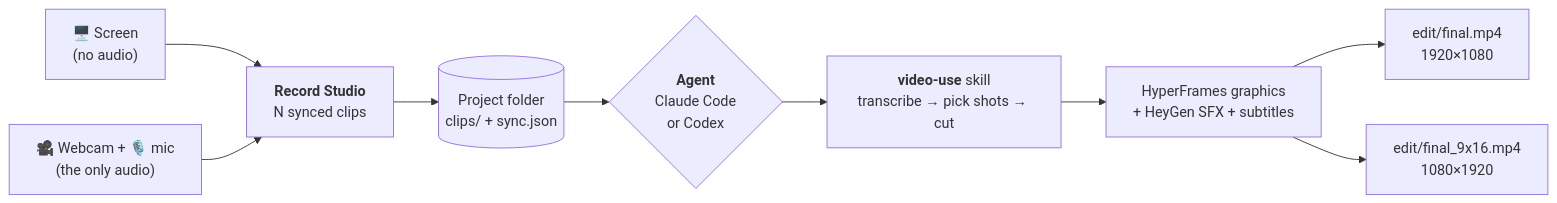
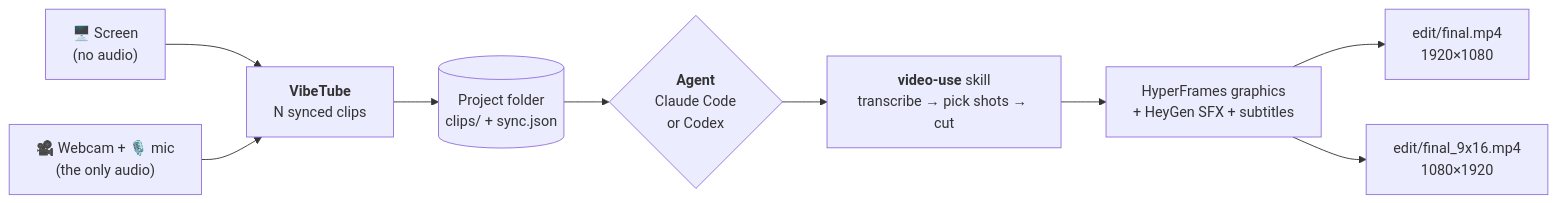
The first of 2 diagrams in README.md (mutonby/vibetube), drawn with Mermaid before and after one commit. The commit also changed other lines of this file and 6 other files, not shown here.

First line of the commit message:
feat: renombrar la app a VibeTube y documentar la vista de grabación

````diff
--- a/README.md
+++ b/README.md
@@ -18,11 +18,11 @@
 ```mermaid
 flowchart LR
     S["🖥️ Screen<br/>(no audio)"] --> R
     W["🎥 Webcam + 🎙️ mic<br/>(the only audio)"] --> R
-    R["<b>Record Studio</b><br/>N synced clips"] --> P[("Project folder<br/>clips/ + sync.json")]
+    R["<b>VibeTube</b><br/>N synced clips"] --> P[("Project folder<br/>clips/ + sync.json")]
     P --> A{"<b>Agent</b><br/>Claude Code<br/>or Codex"}
     A --> V["<b>video-use</b> skill<br/>transcribe → pick shots → cut"]
     V --> G["HyperFrames graphics<br/>+ HeyGen SFX + subtitles"]
     G --> H["edit/final.mp4<br/>1920×1080"]
     G --> N["edit/final_9x16.mp4<br/>1080×1920"]
 ```
````
